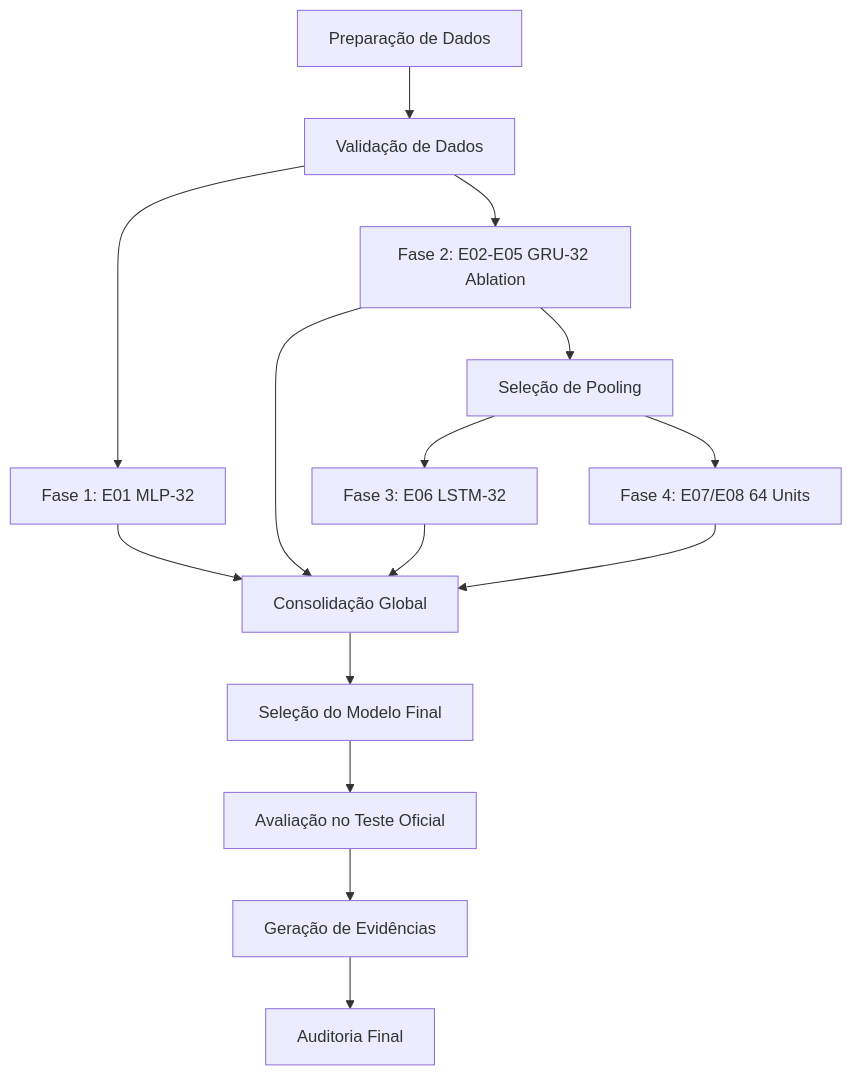
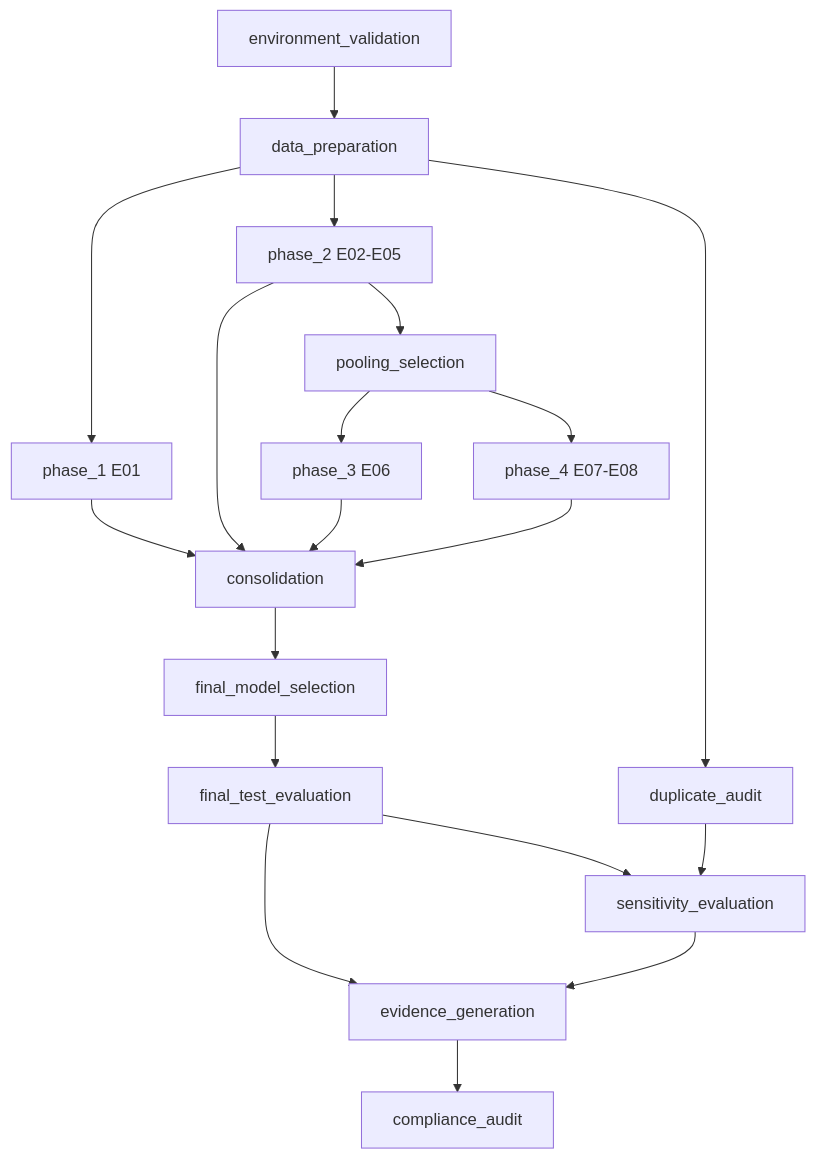
One commit to joaopaulo164/projeto4_rnn changed the diagram in docs/PIPELINE_ORCHESTRATION.md. Above: the diagram before and after it, drawn with Mermaid. The commit also changed other lines of this file and 124 other files, not shown here.

````diff
--- a/docs/PIPELINE_ORCHESTRATION.md
+++ b/docs/PIPELINE_ORCHESTRATION.md
@@ -5,17 +9,21 @@
 ```mermaid
-graph TD
-    PREP[Preparação de Dados] --> VAL[Validação de Dados]
-    VAL --> P1[Fase 1: E01 MLP-32]
-    VAL --> P2[Fase 2: E02-E05 GRU-32 Ablation]
-    P2 --> POOL[Seleção de Pooling]
-    POOL --> P3[Fase 3: E06 LSTM-32]
-    POOL --> P4[Fase 4: E07/E08 64 Units]
-    P1 --> CONS[Consolidação Global]
+flowchart TD
+    ENV[environment_validation] --> DATA[data_preparation]
+    DATA --> DUP[duplicate_audit]
+    DATA --> P1[phase_1 E01]
+    DATA --> P2[phase_2 E02-E05]
+    P2 --> POOL[pooling_selection]
+    POOL --> P3[phase_3 E06]
+    POOL --> P4[phase_4 E07-E08]
+    P1 --> CONS[consolidation]
     P2 --> CONS
     P3 --> CONS
     P4 --> CONS
-    CONS --> FSEL[Seleção do Modelo Final]
-    FSEL --> TEST[Avaliação no Teste Oficial]
-    TEST --> EVID[Geração de Evidências]
-    EVID --> AUDIT[Auditoria Final]
+    CONS --> SEL[final_model_selection]
+    SEL --> TEST[final_test_evaluation]
+    TEST --> SENS[sensitivity_evaluation]
+    DUP --> SENS
+    TEST --> EVID[evidence_generation]
+    SENS --> EVID
+    EVID --> COMP[compliance_audit]
 ```
````
